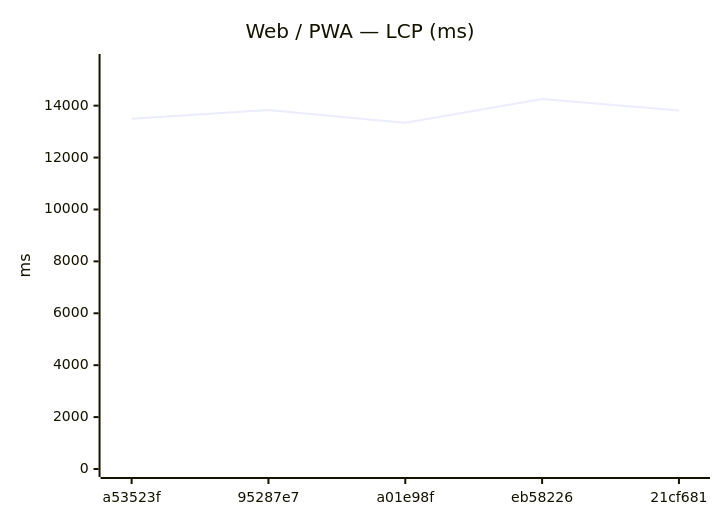
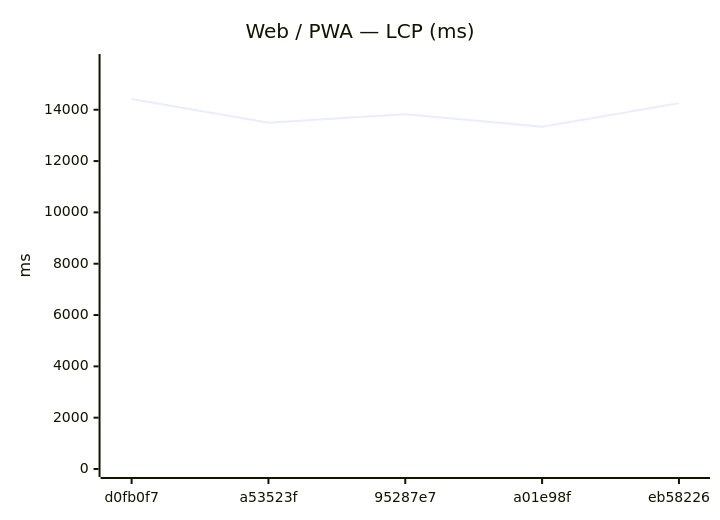
One commit to Metaheurist/Rianell changed the seventh of 18 diagrams in benchmarks/compare.md. Above: the diagram before and after it, drawn with Mermaid. The commit also changed other lines of this file and 11 other files, not shown here.

````diff
--- a/benchmarks/compare.md
+++ b/benchmarks/compare.md
@@ -117,7 +117,7 @@
 ```mermaid
 xychart-beta
     title "Web / PWA — LCP (ms)"
-    x-axis ["a53523f", "95287e7", "a01e98f", "eb58226", "21cf681"]
-    y-axis "ms" 0 --> 15682
-    line [13497, 13828, 13339, 14256, 13811]
+    x-axis ["d0fb0f7", "a53523f", "95287e7", "a01e98f", "eb58226"]
+    y-axis "ms" 0 --> 15861
+    line [14419, 13497, 13828, 13339, 14256]
 ```
````
